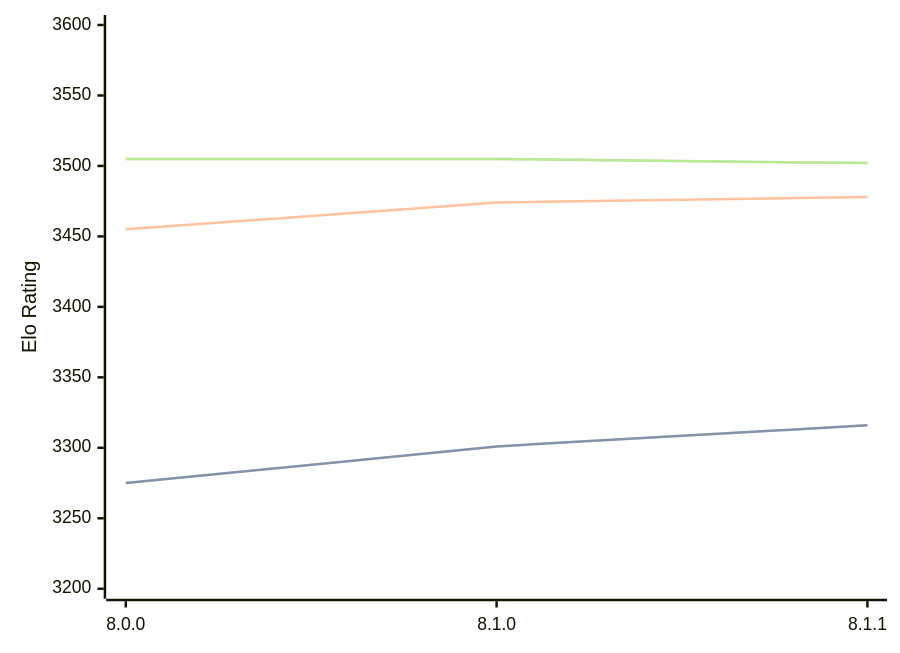
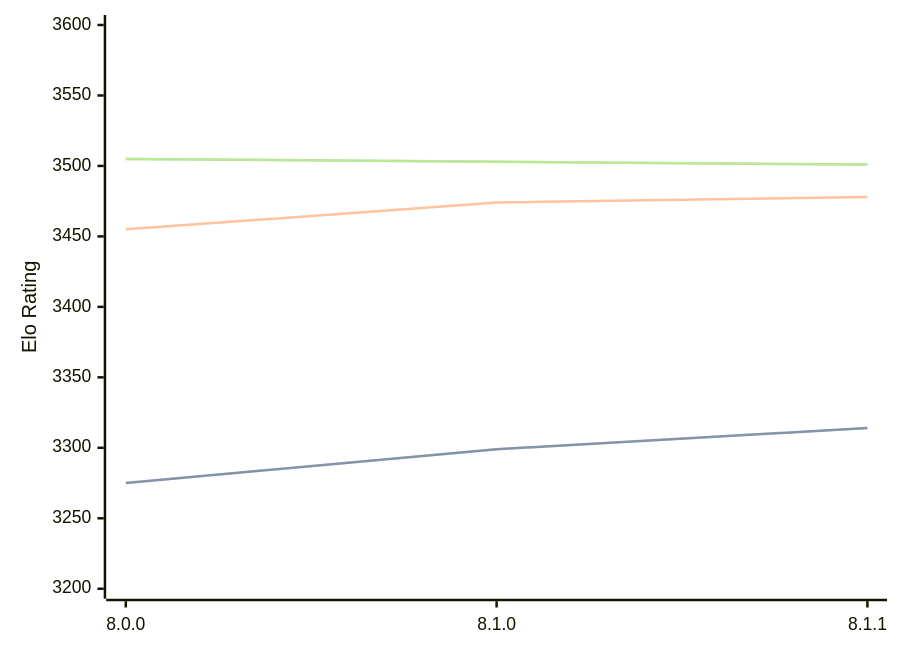
Before and after one commit to computer-chess-index/cci: the diagram in engines/Velvet.md, drawn with Mermaid. The commit also changed other lines of this file, not shown here.

Commit message:
Update CCI Ratings (ELO VLTC) - 2026-04-17

````diff
--- a/engines/Velvet.md
+++ b/engines/Velvet.md
@@ -57,11 +57,11 @@
 ```mermaid
 %%{init: {"theme":"base","themeVariables":{"seriesColors:['#a3a3a3','#222221','#faa371']}}}%%
 xychart-beta
   x-axis ["8.0.0", "8.1.0", "8.1.1"]
   y-axis "Elo Rating" 3200 --> 3600
-  line "STC (8.0+0.08s)" [3275, 3301, 3316]
-  line "STC (8.0+0.08s)" [3275, 3301, 3316]
+  line "STC (8.0+0.08s)" [3275, 3299, 3314]
+  line "STC (8.0+0.08s)" [3275, 3299, 3314]
   line "LTC (60.0+0.60s)" [3455, 3474, 3478]
-  line "VLTC (2m24s+1.12s)" [3505, 3505, 3502]
-  line "VLTC (2m24s+1.12s)" [3505, 3505, 3502]
+  line "VLTC (2m24s+1.12s)" [3505, 3503, 3501]
+  line "VLTC (2m24s+1.12s)" [3505, 3503, 3501]
 ```
````
